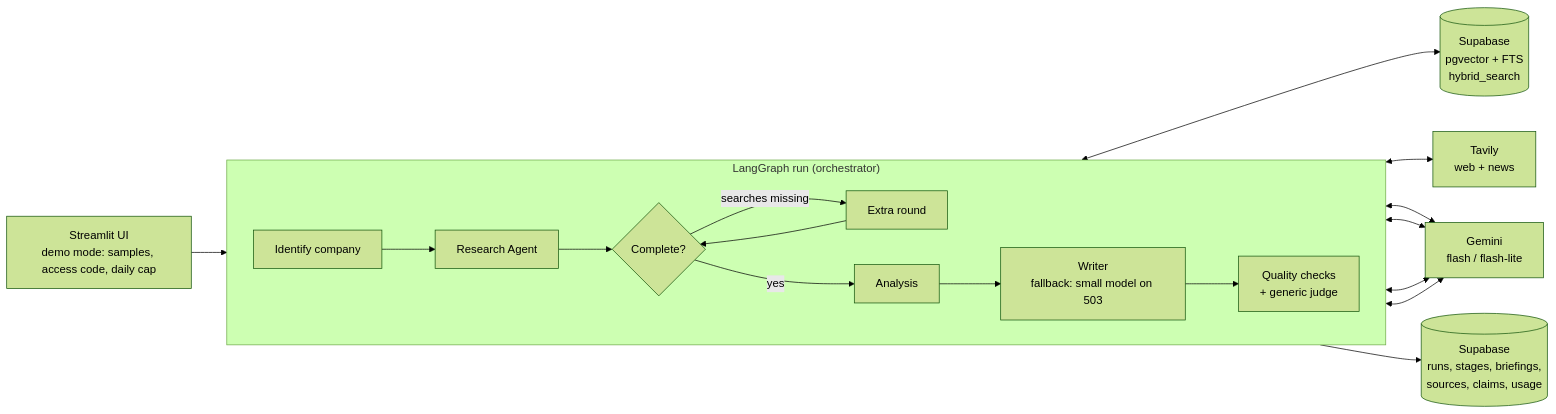
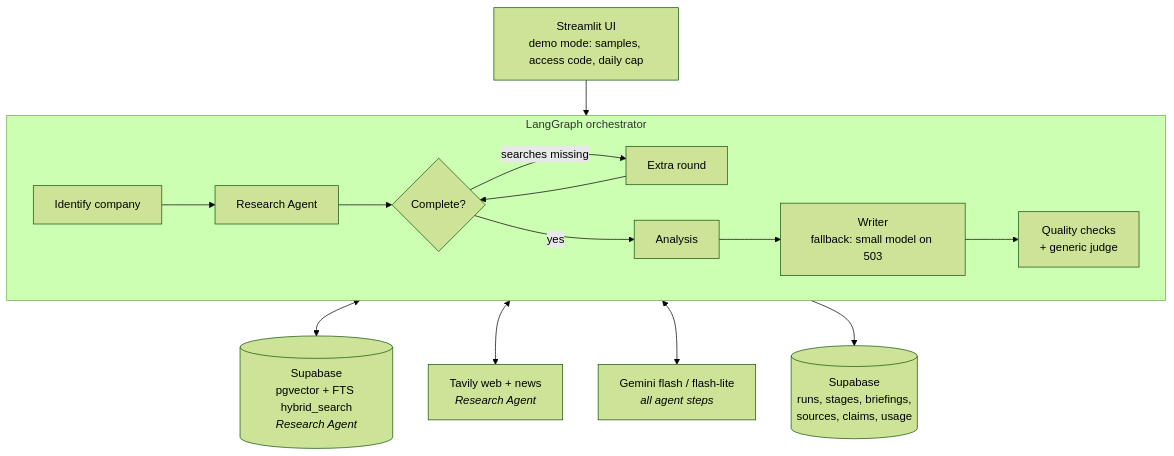
The diagram in README.md (shellybh/deal-prep-copilot), drawn with Mermaid (forest theme) before and after one commit.

Commit message:
README: architecture diagram laid out so GitHub's diagram controls don't cover it

````diff
--- a/README.md
+++ b/README.md
@@ -48,19 +48,19 @@
 ```mermaid
-flowchart LR
+flowchart TB
     UI["Streamlit UI<br/>demo mode: samples, access code, daily cap"] --> G
 
-    subgraph G["LangGraph run (orchestrator)"]
+    subgraph G["LangGraph orchestrator"]
         direction LR
         I[Identify company] --> R[Research Agent]
         R --> C{Complete?}
         C -- "searches missing" --> X[Extra round] --> C
         C -- yes --> A[Analysis]
         A --> W[Writer<br/>fallback: small model on 503]
         W --> Q[Quality checks<br/>+ generic judge]
     end
 
-    R <--> KB[("Supabase<br/>pgvector + FTS<br/>hybrid_search")]
-    R <--> T["Tavily<br/>web + news"]
-    A & W & R & Q <--> LLM["Gemini<br/>flash / flash-lite"]
+    G <--> KB[("Supabase<br/>pgvector + FTS hybrid_search<br/><i>Research Agent</i>")]
+    G <--> T["Tavily web + news<br/><i>Research Agent</i>"]
+    G <--> LLM["Gemini flash / flash-lite<br/><i>all agent steps</i>"]
     G --> DB[("Supabase<br/>runs, stages, briefings,<br/>sources, claims, usage")]
 ```
````
